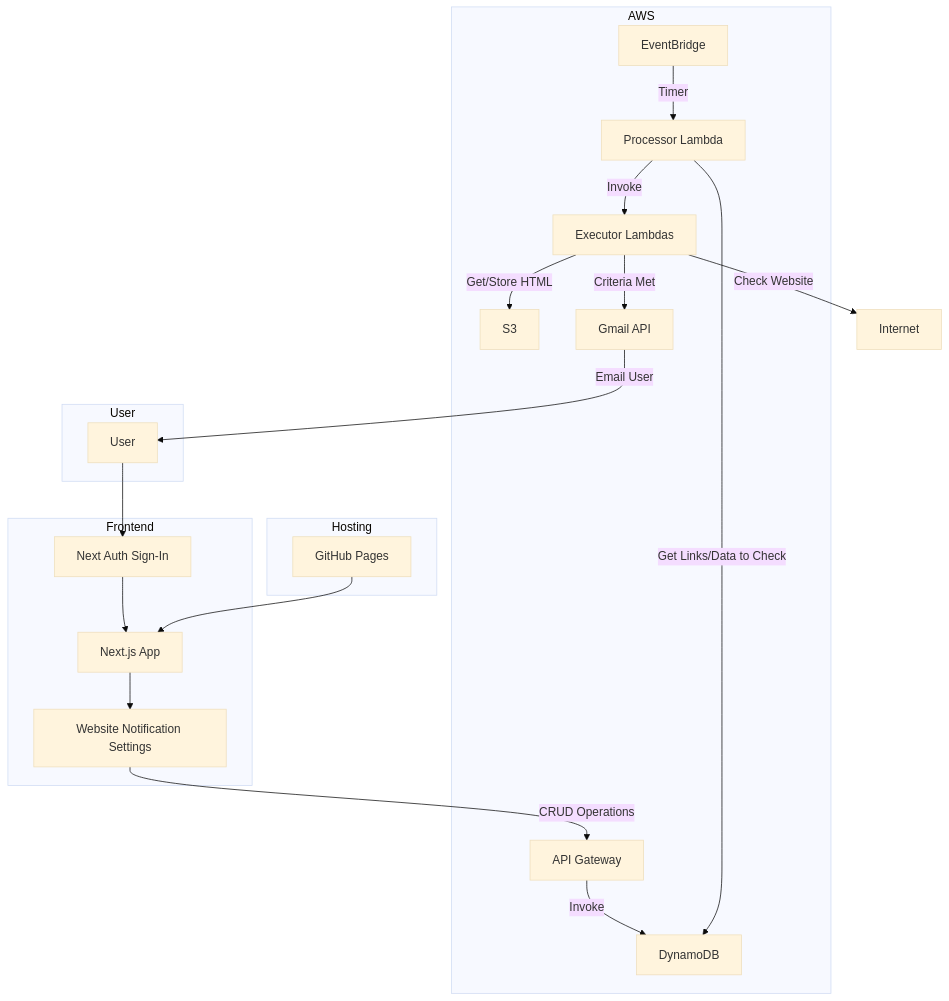
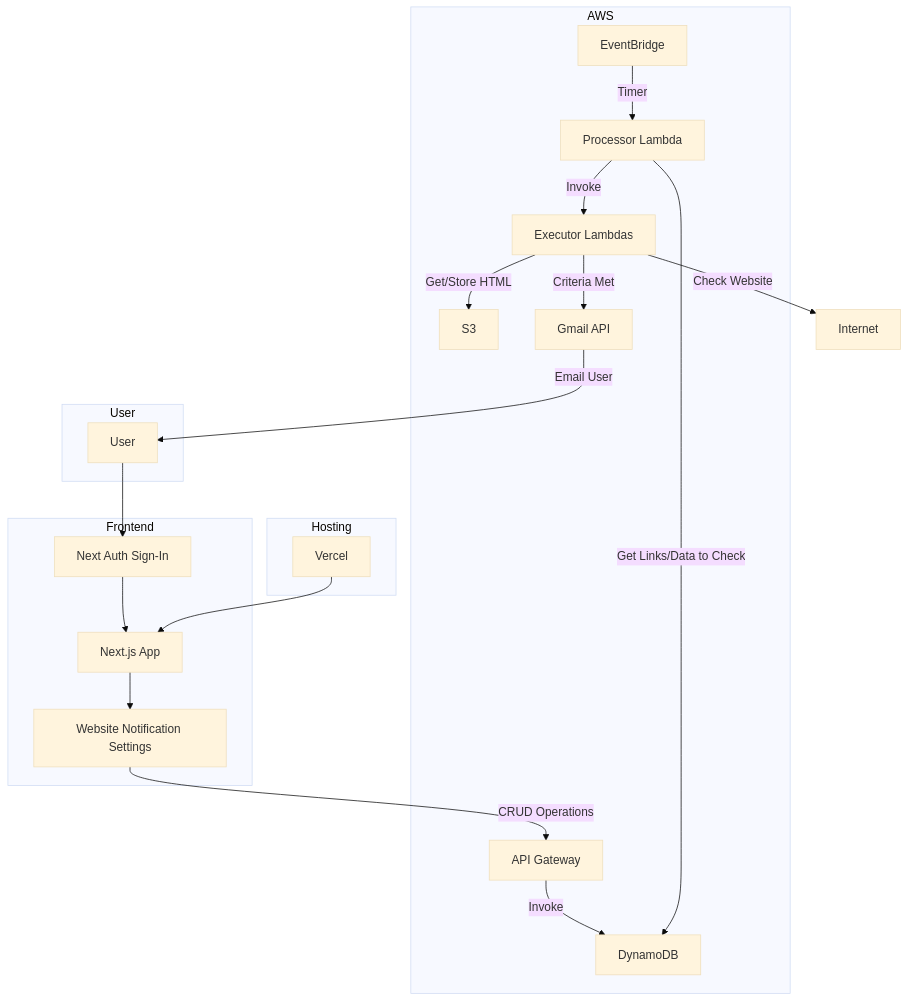
Before and after one commit to cameronmcginley/sitewatch: the diagram in README.md, drawn with Mermaid (base theme). The commit also changed other lines of this file and 1 other file, not shown here.

Commit message:
Architecture and implementation details in readme

````diff
--- a/README.md
+++ b/README.md
@@ -44,40 +97,40 @@
 ```mermaid
 graph TD
     subgraph User
         U1[User]
     end
 
     subgraph Frontend
         A[Next.js App]
             A1[Next Auth Sign-In]
             A2[Website Notification Settings]
     end
 
     subgraph AWS
         B[DynamoDB]
         C[S3]
         F[Processor Lambda]
         E[Executor Lambdas]
         J[EventBridge]
         I[Gmail API]
         APIGW[API Gateway]
     end
 
     subgraph Hosting
-        G[GitHub Pages]
+        G[Vercel]
     end
 
     U1 --> A1
     A --> A2
     A1 --> A
     A2 -->|CRUD Operations| APIGW
     APIGW -->|Invoke| B
     F -->|Get Links/Data to Check| B
     F -->|Invoke| E
     E -->|Check Website| Internet
     E -->|Get/Store HTML| C
     E -->|Criteria Met| I
     I -->|Email User| U1
     G --> A
     J -->|Timer| F
 ```
````
